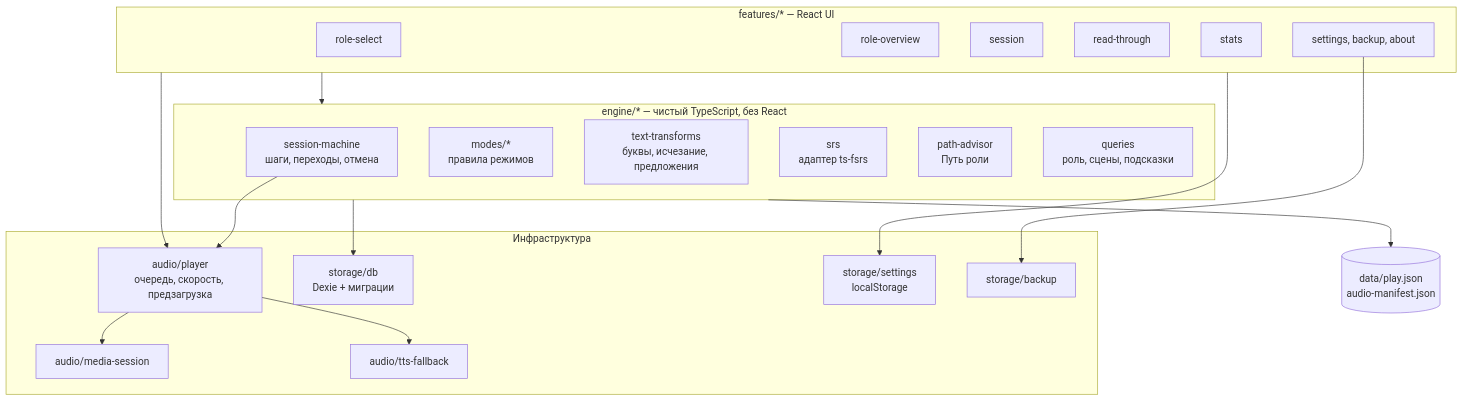
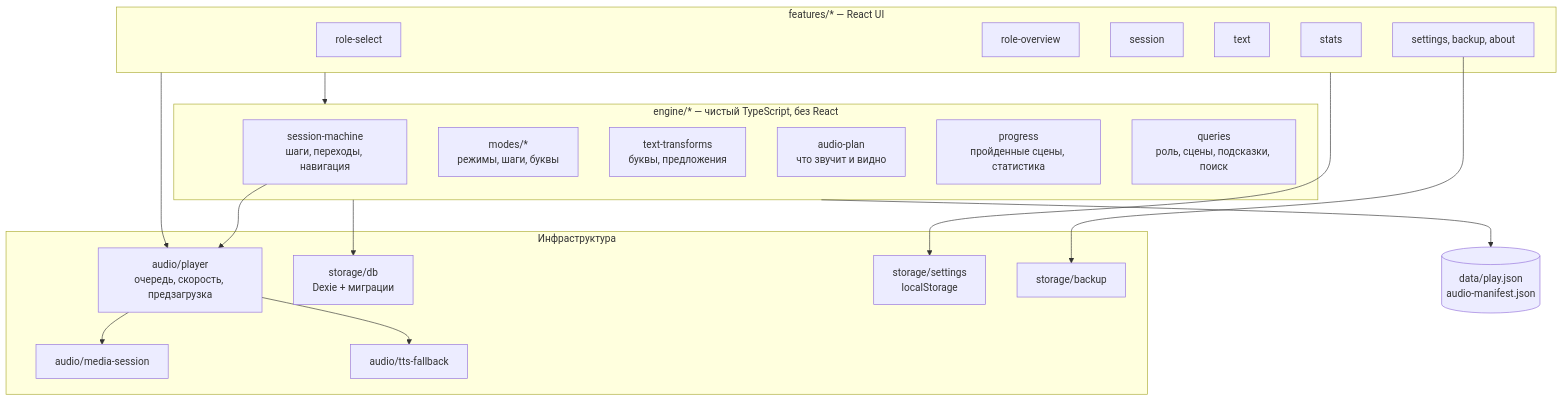
One commit to Veldmord/text-learning changed the second of 8 diagrams in docs/ARCHITECTURE.md. Above: the diagram before and after it, drawn with Mermaid. The commit also changed other lines of this file and 61 other files, not shown here.

````diff
--- a/docs/ARCHITECTURE.md
+++ b/docs/ARCHITECTURE.md
@@ -329,37 +317,37 @@
 ```mermaid
 flowchart TB
   subgraph UI_L["features/* — React UI"]
     F1["role-select"]
     F2["role-overview"]
     F3["session"]
-    F4["read-through"]
+    F4["text"]
     F5["stats"]
     F6["settings, backup, about"]
   end
   subgraph ENG_L["engine/* — чистый TypeScript, без React"]
-    E1["session-machine<br/>шаги, переходы, отмена"]
-    E2["modes/*<br/>правила режимов"]
-    E3["text-transforms<br/>буквы, исчезание, предложения"]
-    E4["srs<br/>адаптер ts-fsrs"]
-    E5["path-advisor<br/>Путь роли"]
-    E6["queries<br/>роль, сцены, подсказки"]
+    E1["session-machine<br/>шаги, переходы, навигация"]
+    E2["modes/*<br/>режимы, шаги, буквы"]
+    E3["text-transforms<br/>буквы, предложения"]
+    E4["audio-plan<br/>что звучит и видно"]
+    E5["progress<br/>пройденные сцены, статистика"]
+    E6["queries<br/>роль, сцены, подсказки, поиск"]
   end
   subgraph INFRA_L["Инфраструктура"]
     A1["audio/player<br/>очередь, скорость, предзагрузка"]
     A2["audio/media-session"]
     A3["audio/tts-fallback"]
     S1["storage/db<br/>Dexie + миграции"]
     S2["storage/settings<br/>localStorage"]
     S3["storage/backup"]
   end
   DATA[("data/play.json<br/>audio-manifest.json")]
   UI_L --> ENG_L
   UI_L --> A1
   ENG_L --> S1
   E1 --> A1
   A1 --> A2
   A1 --> A3
   ENG_L --> DATA
   UI_L --> S2
   F6 --> S3
 ```
````
